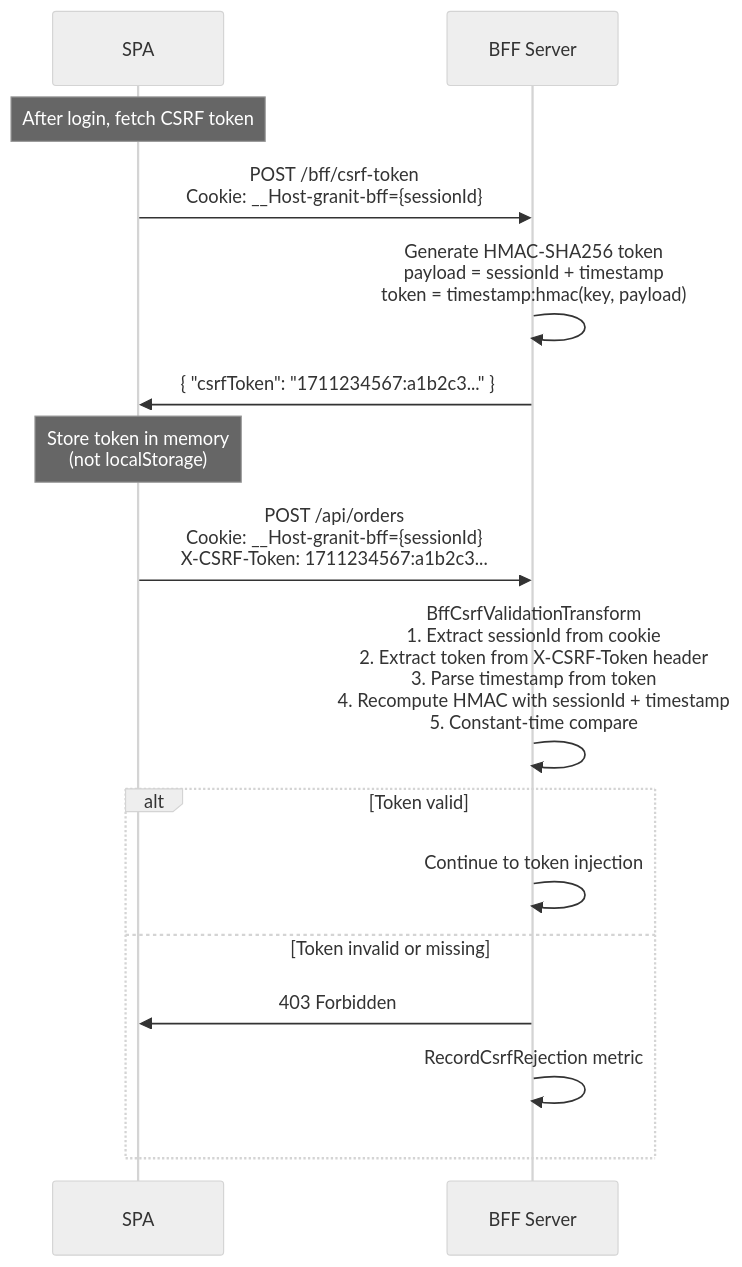
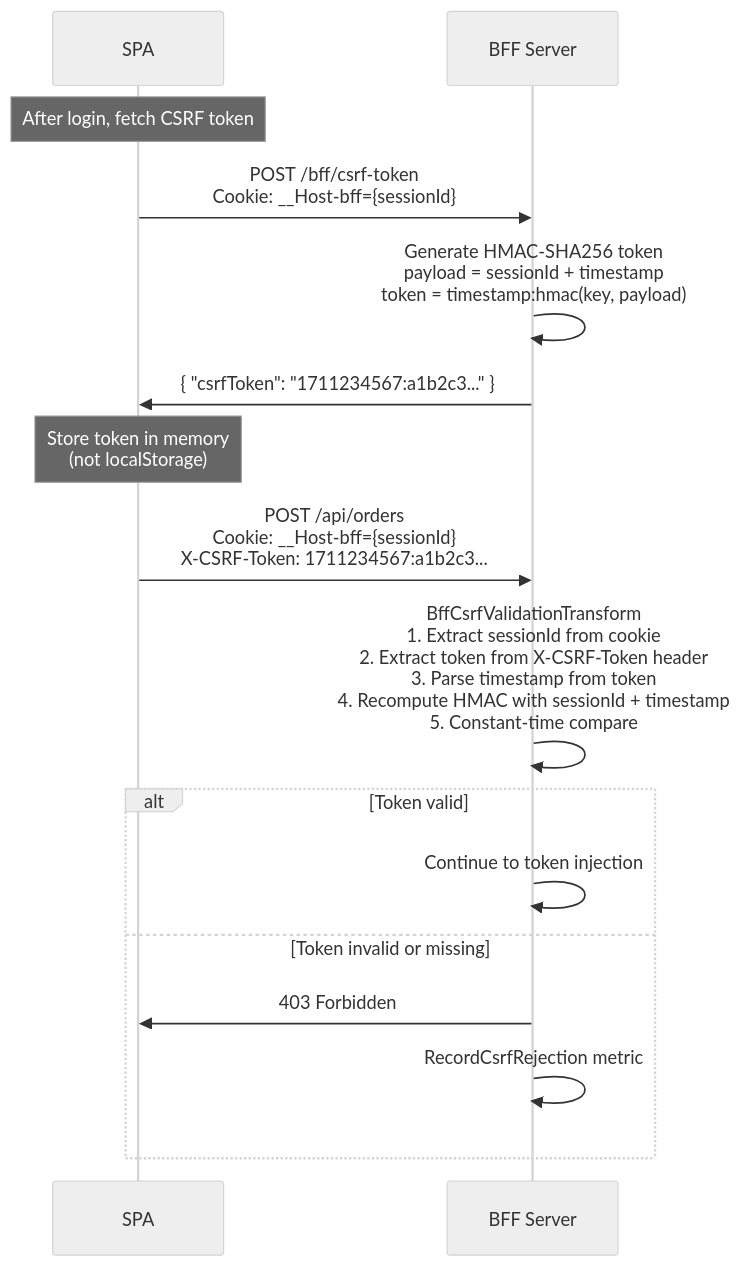
Before and after one commit to granit-fx/granit-dotnet: the second of 5 diagrams in docs-site/src/content/docs/dotnet/security/bff/token-security.mdx, drawn with Mermaid (neutral theme). The commit also changed other lines of this file and 12 other files, not shown here.

Commit message:
chore: include pending local changes (BFF options, docs, cookie contrib)

````diff
--- a/docs-site/src/content/docs/dotnet/security/bff/token-security.mdx
+++ b/docs-site/src/content/docs/dotnet/security/bff/token-security.mdx
@@ -106,24 +106,24 @@
 ```mermaid
 sequenceDiagram
     participant SPA as SPA
     participant BFF as BFF Server
 
     Note over SPA: After login, fetch CSRF token
 
-    SPA->>BFF: POST /bff/csrf-token<br/>Cookie: __Host-granit-bff={sessionId}
+    SPA->>BFF: POST /bff/csrf-token<br/>Cookie: __Host-bff={sessionId}
     BFF->>BFF: Generate HMAC-SHA256 token<br/>payload = sessionId + timestamp<br/>token = timestamp:hmac(key, payload)
     BFF->>SPA: { "csrfToken": "1711234567:a1b2c3..." }
 
     Note over SPA: Store token in memory<br/>(not localStorage)
 
-    SPA->>BFF: POST /api/orders<br/>Cookie: __Host-granit-bff={sessionId}<br/>X-CSRF-Token: 1711234567:a1b2c3...
+    SPA->>BFF: POST /api/orders<br/>Cookie: __Host-bff={sessionId}<br/>X-CSRF-Token: 1711234567:a1b2c3...
 
     BFF->>BFF: BffCsrfValidationTransform<br/>1. Extract sessionId from cookie<br/>2. Extract token from X-CSRF-Token header<br/>3. Parse timestamp from token<br/>4. Recompute HMAC with sessionId + timestamp<br/>5. Constant-time compare
 
     alt Token valid
         BFF->>BFF: Continue to token injection
     else Token invalid or missing
         BFF->>SPA: 403 Forbidden
         BFF->>BFF: RecordCsrfRejection metric
     end
 ```
````
